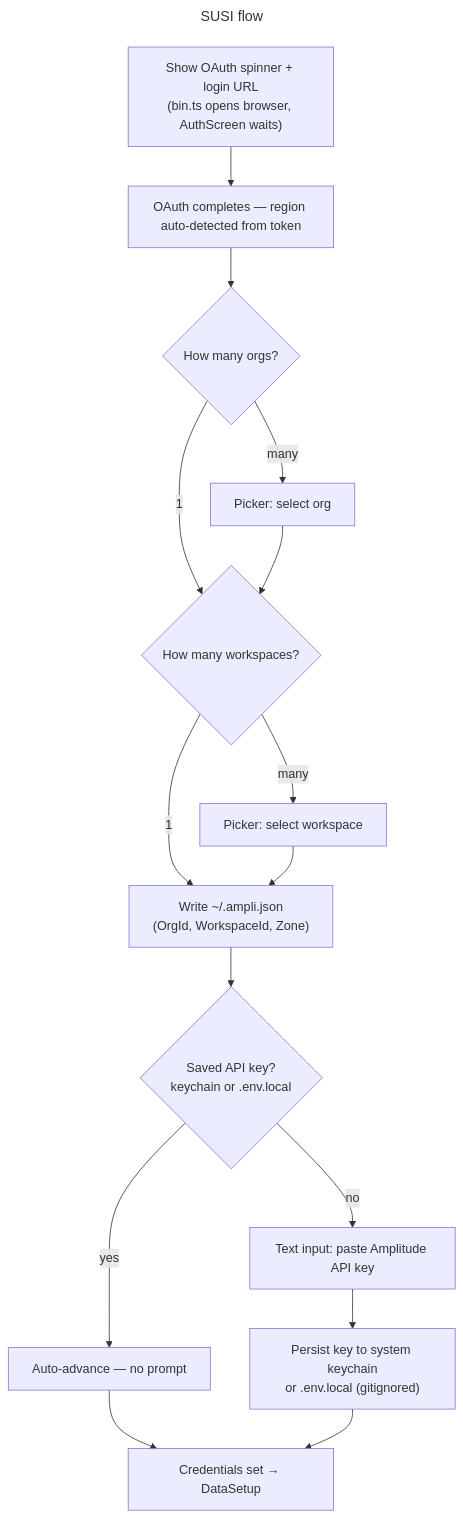
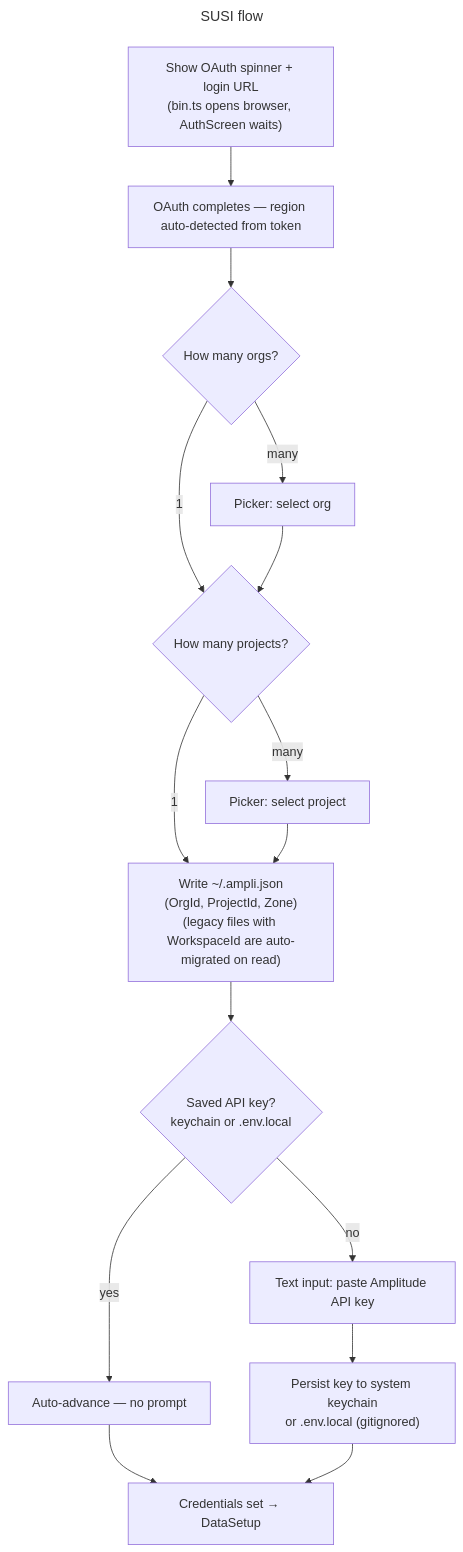
One commit to amplitude/wizard changed the fourth of 7 diagrams in docs/flows.md. Above: the diagram before and after it, drawn with Mermaid. The commit also changed other lines of this file and 64 other files, not shown here.

First line of the commit message:
refactor: [BA-47] rename "workspace" to "project" across the wizard

````diff
--- a/docs/flows.md
+++ b/docs/flows.md
@@ -173,26 +180,26 @@
 ```mermaid
 ---
 title: SUSI flow
 ---
 flowchart TD
     OAUTH_WAIT["Show OAuth spinner + login URL<br/>(bin.ts opens browser, AuthScreen waits)"]
     OAUTH_WAIT --> OAUTH_DONE["OAuth completes — region auto-detected from token"]
 
     OAUTH_DONE --> ORG_COUNT{How many orgs?}
-    ORG_COUNT -->|1| WORKSPACE_COUNT
-    ORG_COUNT -->|many| ORG_PICKER["Picker: select org"] --> WORKSPACE_COUNT
+    ORG_COUNT -->|1| PROJECT_COUNT
+    ORG_COUNT -->|many| ORG_PICKER["Picker: select org"] --> PROJECT_COUNT
 
-    WORKSPACE_COUNT{How many workspaces?}
-    WORKSPACE_COUNT -->|1| WRITE_AMPLI
-    WORKSPACE_COUNT -->|many| WS_PICKER["Picker: select workspace"] --> WRITE_AMPLI
+    PROJECT_COUNT{How many projects?}
+    PROJECT_COUNT -->|1| WRITE_AMPLI
+    PROJECT_COUNT -->|many| WS_PICKER["Picker: select project"] --> WRITE_AMPLI
 
-    WRITE_AMPLI["Write ~/.ampli.json<br/>(OrgId, WorkspaceId, Zone)"]
+    WRITE_AMPLI["Write ~/.ampli.json<br/>(OrgId, ProjectId, Zone)<br/>(legacy files with WorkspaceId are auto-migrated on read)"]
 
     WRITE_AMPLI --> KEY_CHECK{Saved API key?<br/>keychain or .env.local}
     KEY_CHECK -->|yes| AUTO_KEY["Auto-advance — no prompt"]
     KEY_CHECK -->|no| KEY_INPUT["Text input: paste Amplitude API key"]
     KEY_INPUT --> PERSIST["Persist key to system keychain<br/>or .env.local (gitignored)"]
 
     AUTO_KEY --> DONE["Credentials set → DataSetup"]
     PERSIST --> DONE
 ```
````
